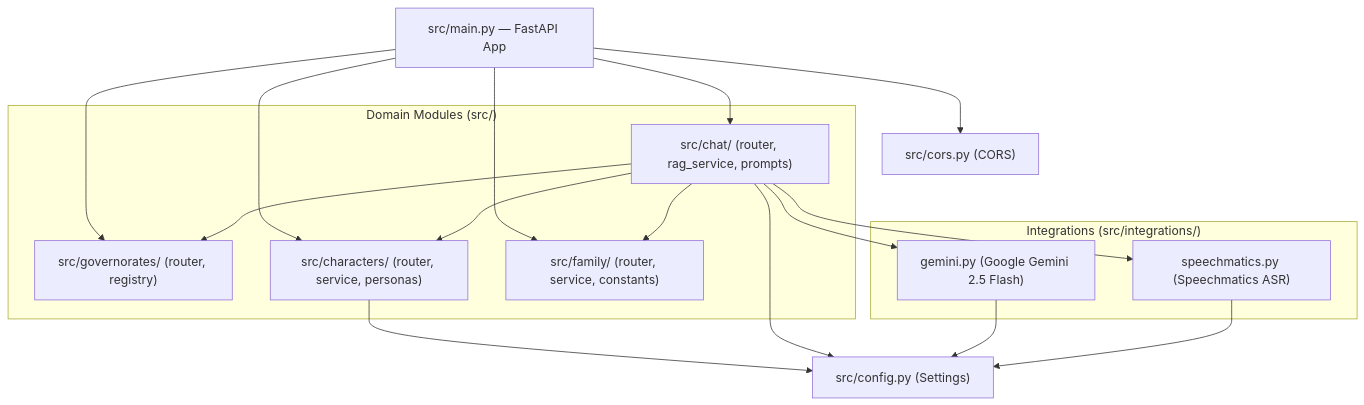
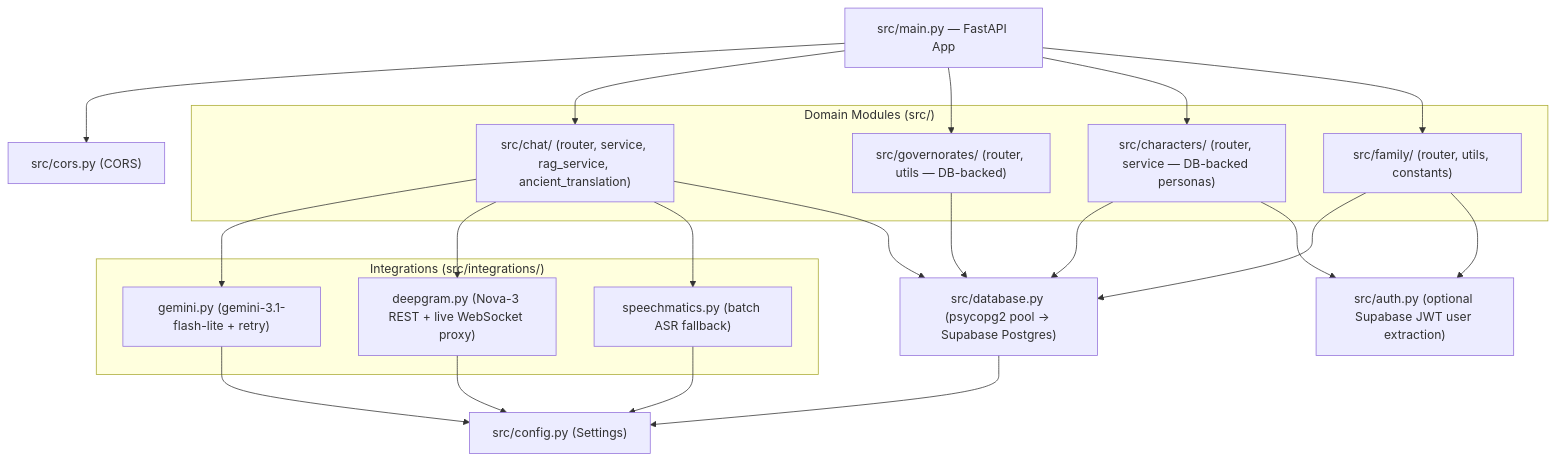
The diagram in backend/BACKEND.md (Youssef12as/hakawi), drawn with Mermaid before and after one commit. The commit also changed other lines of this file, not shown here.

Commit message:
update backend documentation to reflect architecture changes, database structure, and API endpoints

````diff
--- a/backend/BACKEND.md
+++ b/backend/BACKEND.md
@@ -11,36 +16,43 @@
 ```mermaid
 graph TD
     App["src/main.py — FastAPI App"]
-    
+
     subgraph Domains ["Domain Modules (src/)"]
-        Chat["src/chat/ (router, rag_service, prompts)"]
-        Gov["src/governorates/ (router, registry)"]
-        Chars["src/characters/ (router, service, personas)"]
-        Fam["src/family/ (router, service, constants)"]
-    end
-    
-    subgraph Integrations ["Integrations (src/integrations/)"]
-        Gemini["gemini.py (Google Gemini 2.5 Flash)"]
-        STT["speechmatics.py (Speechmatics ASR)"]
+        Chat["src/chat/ (router, service, rag_service, ancient_translation)"]
+        Gov["src/governorates/ (router, utils — DB-backed)"]
+        Chars["src/characters/ (router, service — DB-backed personas)"]
+        Fam["src/family/ (router, utils, constants)"]
     end
 
+    subgraph Integrations ["Integrations (src/integrations/)"]
+        Gemini["gemini.py (gemini-3.1-flash-lite + retry)"]
+        Deepgram["deepgram.py (Nova-3 REST + live WebSocket proxy)"]
+        STT["speechmatics.py (batch ASR fallback)"]
+    end
+
+    DB["src/database.py (psycopg2 pool → Supabase Postgres)"]
+    Auth["src/auth.py (optional Supabase JWT user extraction)"]
     Config["src/config.py (Settings)"]
     CORS["src/cors.py (CORS)"]
 
     App --> CORS
     App --> Chat
     App --> Gov
     App --> Chars
     App --> Fam
 
     Chat --> Gemini
+    Chat --> Deepgram
     Chat --> STT
-    Chat --> Gov
-    Chat --> Chars
-    Chat --> Fam
-    
-    Chars --> Config
-    Chat --> Config
+    Chat --> DB
+    Gov --> DB
+    Chars --> DB
+    Fam --> DB
+    Fam --> Auth
+    Chars --> Auth
+
     Gemini --> Config
+    Deepgram --> Config
     STT --> Config
+    DB --> Config
 ```
````
